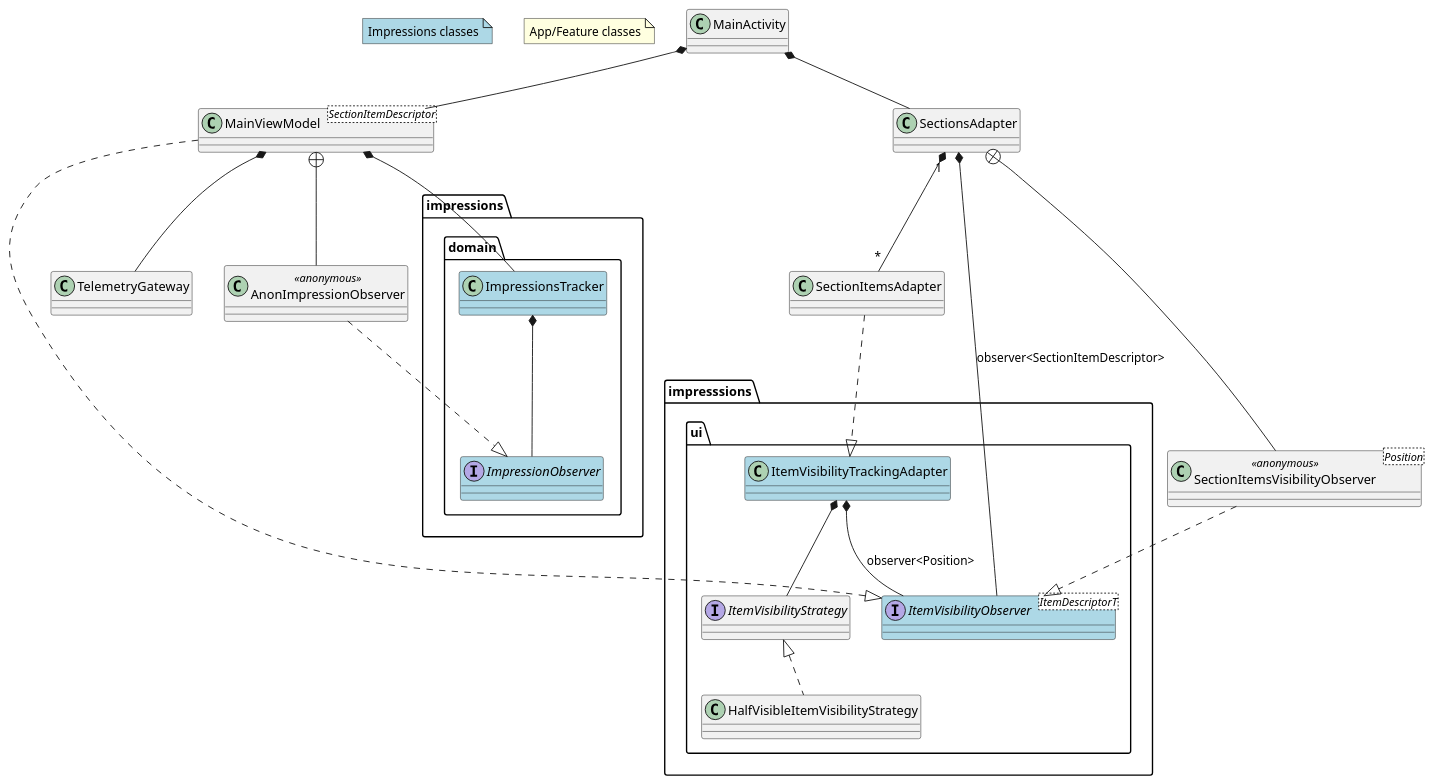
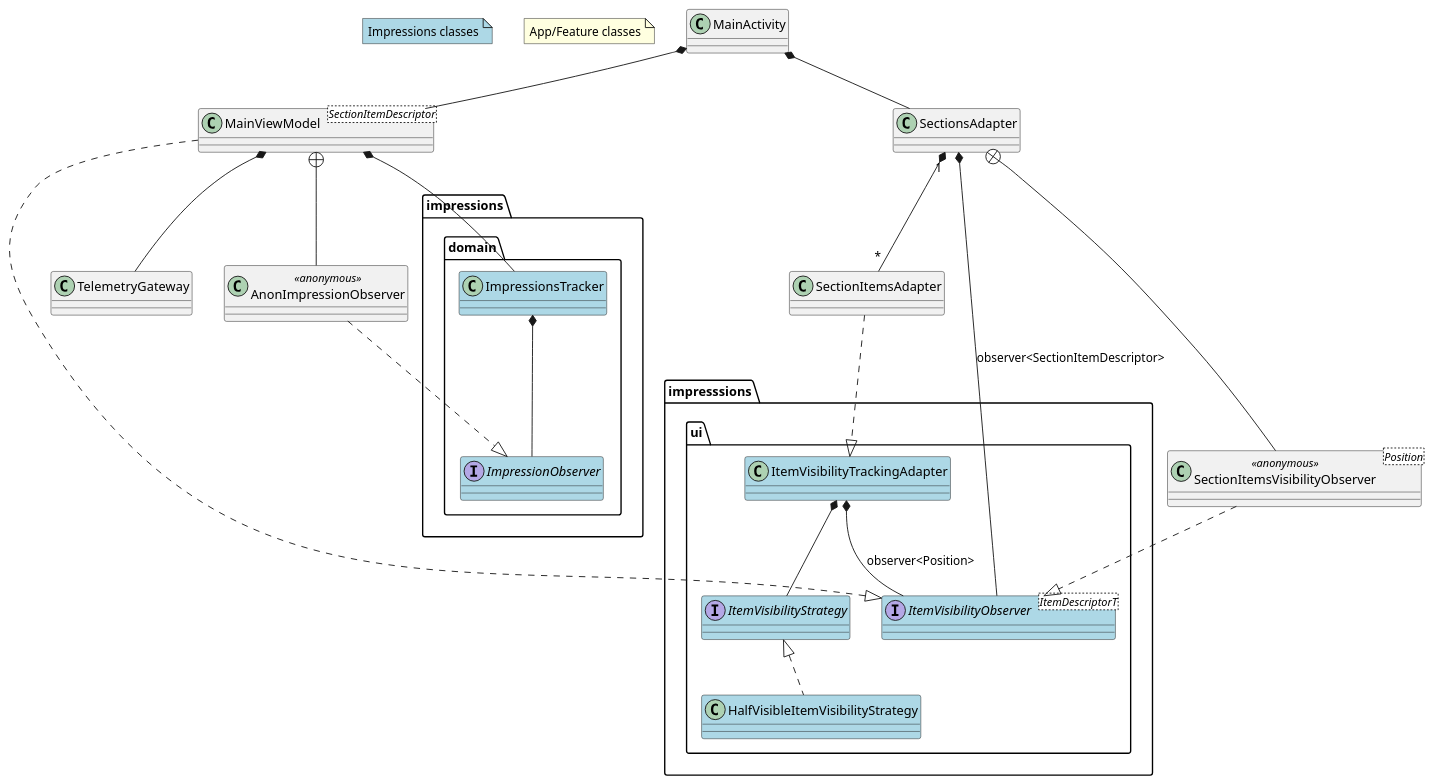
One commit to rossharper/impressionsexperiment changed the diagram in doc/diagram.wsd. Above: the diagram before and after it, drawn with PlantUML. The commit also changed 1 other file, not shown here.

Commit message:
Update diagram colours

```diff
--- a/doc/diagram.wsd
+++ b/doc/diagram.wsd
@@ -1,58 +1,58 @@
 @startuml
 
 note as Impressions #lightblue
    Impressions classes
 end note
 
 note as App #lightyellow
     App/Feature classes
 end note
 
 package impresssions.ui {
     interface ItemVisibilityObserver<ItemDescriptorT> #lightblue
     class ItemVisibilityTrackingAdapter #lightblue
-    interface ItemVisibilityStrategy
-    class HalfVisibleItemVisibilityStrategy
+    interface ItemVisibilityStrategy  #lightblue
+    class HalfVisibleItemVisibilityStrategy  #lightblue
 }
 package impressions.domain {
     interface ImpressionObserver #lightblue
     class ImpressionsTracker #lightblue
 }
 
 
 class TelemetryGateway
 class MainViewModel<SectionItemDescriptor>
 class MainActivity
 class SectionItemsVisibilityObserver<Position> <<anonymous>>
 class SectionItemsAdapter
 class SectionsAdapter
 class AnonImpressionObserver <<anonymous>>
 
 
 SectionItemsAdapter ..|> ItemVisibilityTrackingAdapter
 
 SectionsAdapter "1" *-- "*" SectionItemsAdapter
 SectionsAdapter *-- ItemVisibilityObserver : observer<SectionItemDescriptor>
 
 
 SectionItemsVisibilityObserver ..|> ItemVisibilityObserver
 SectionsAdapter +-- SectionItemsVisibilityObserver
 
 ItemVisibilityTrackingAdapter *-- ItemVisibilityObserver : observer<Position>
 
 ItemVisibilityTrackingAdapter *-- ItemVisibilityStrategy
 HalfVisibleItemVisibilityStrategy .up.|> ItemVisibilityStrategy
 
 MainViewModel ..|> ItemVisibilityObserver
 MainViewModel *-- ImpressionsTracker
 
 AnonImpressionObserver ..|> ImpressionObserver
 MainViewModel +-- AnonImpressionObserver
 MainViewModel *-- TelemetryGateway
 
 ImpressionsTracker *-- ImpressionObserver
 
 MainActivity *-- MainViewModel
 MainActivity *-- SectionsAdapter
 
 @enduml
```
